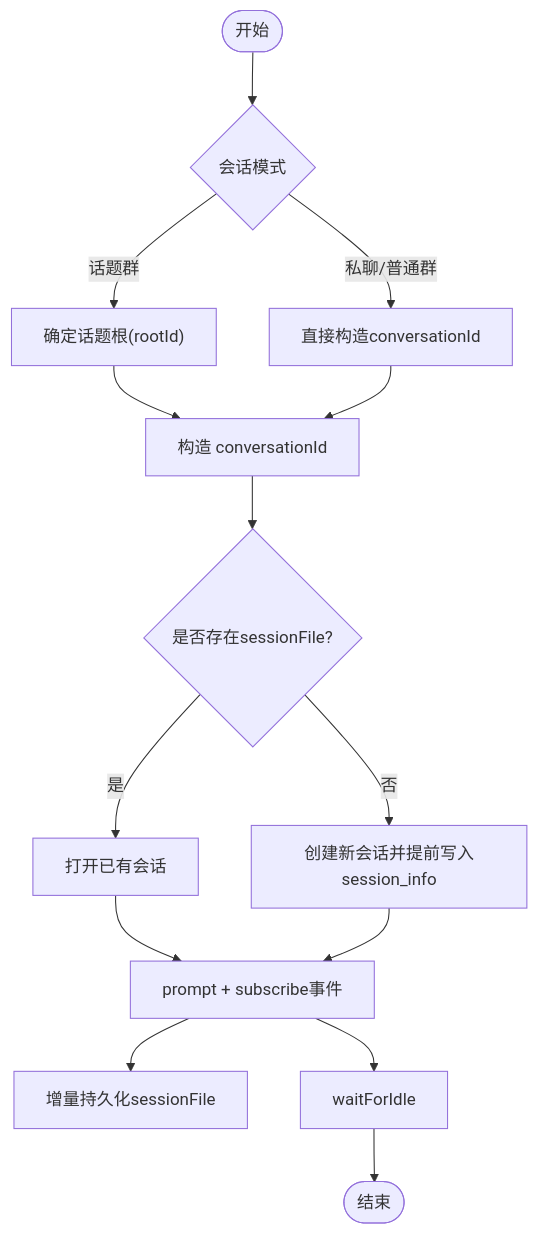
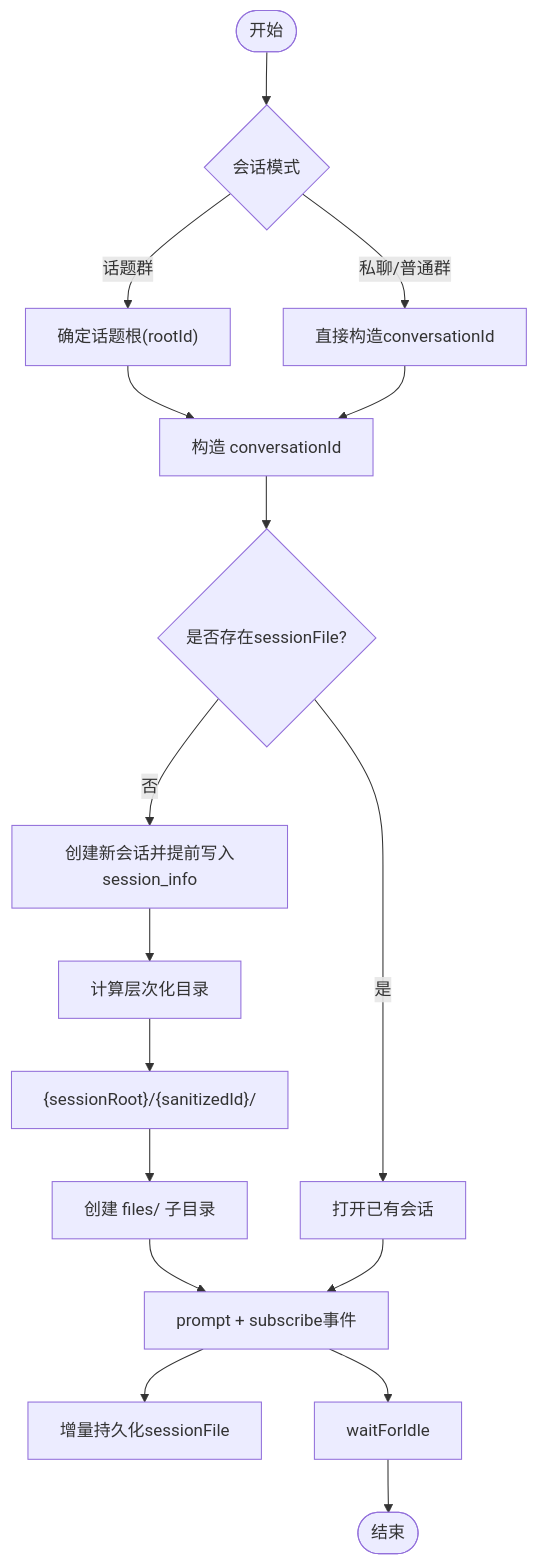
The third of 5 diagrams in .qoder/repowiki/zh/content/智能体运行时/会话管理.md (HeXiaoShu520/feishu-pi), drawn with Mermaid before and after one commit. The commit also changed other lines of this file and 47 other files, not shown here.

````diff
--- a/.qoder/repowiki/zh/content/智能体运行时/会话管理.md
+++ b/.qoder/repowiki/zh/content/智能体运行时/会话管理.md
@@ -150,16 +217,19 @@
 ```mermaid
 flowchart TD
 Start(["开始"]) --> Mode{"会话模式"}
 Mode --> |话题群| Topic["确定话题根(rootId)"]
 Mode --> |私聊/普通群| Direct["直接构造conversationId"]
 Topic --> Build["构造 conversationId"]
 Direct --> Build
 Build --> Restore{"是否存在sessionFile?"}
 Restore --> |是| Open["打开已有会话"]
 Restore --> |否| Create["创建新会话并提前写入session_info"]
-Open --> Prompt["prompt + subscribe事件"]
-Create --> Prompt
+Create --> Paths["计算层次化目录"]
+Paths --> NewDir["{sessionRoot}/{sanitizedId}/"]
+NewDir --> FilesDir["创建 files/ 子目录"]
+FilesDir --> Prompt["prompt + subscribe事件"]
+Open --> Prompt
 Prompt --> Persist["增量持久化sessionFile"]
 Prompt --> Idle["waitForIdle"]
 Idle --> End(["结束"])
 ```
````
